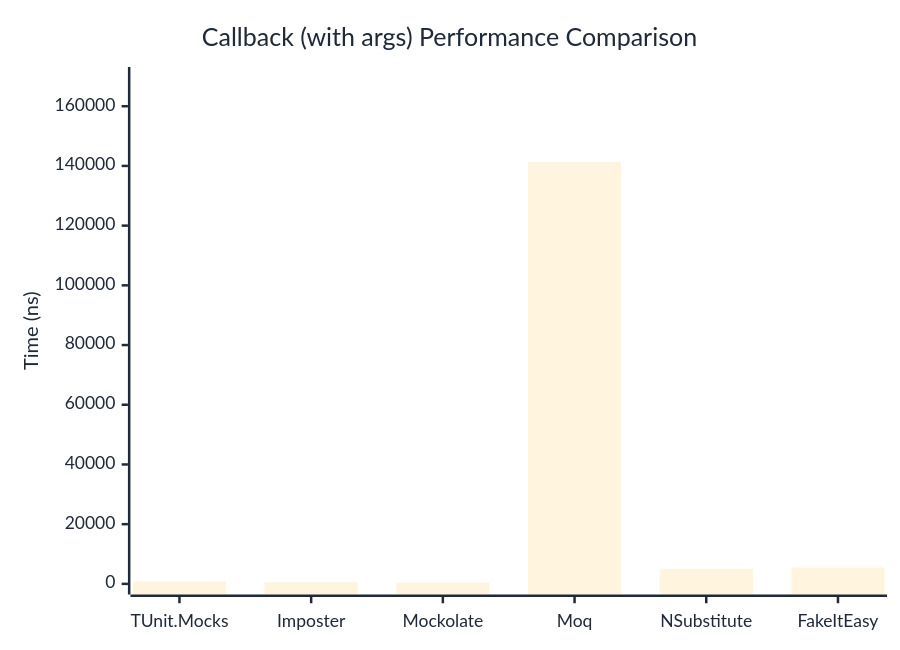
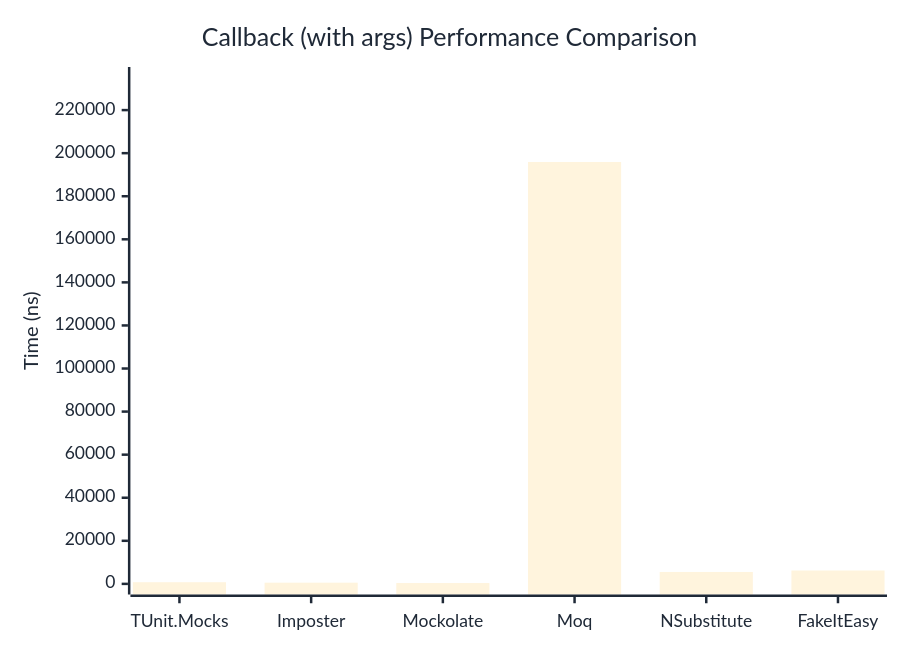
One commit to thomhurst/TUnit changed the second of 2 diagrams in docs/docs/benchmarks/mocks/Callback.md. Above: the diagram before and after it, drawn with Mermaid. The commit also changed other lines of this file and 14 other files, not shown here.

````diff
--- a/docs/docs/benchmarks/mocks/Callback.md
+++ b/docs/docs/benchmarks/mocks/Callback.md
@@ -71,27 +71,27 @@
 ```mermaid
 %%{init: {
   'theme':'base',
   'themeVariables': {
     'primaryColor': '#2563eb',
     'primaryTextColor': '#1f2937',
     'primaryBorderColor': '#1e40af',
     'lineColor': '#6b7280',
     'secondaryColor': '#7c3aed',
     'tertiaryColor': '#dc2626',
     'background': '#ffffff',
     'pie1': '#2563eb',
     'pie2': '#7c3aed',
     'pie3': '#dc2626',
     'pie4': '#f59e0b',
     'pie5': '#10b981',
     'pie6': '#06b6d4',
     'pie7': '#ec4899',
     'pie8': '#6366f1'
   }
 }}%%
 xychart-beta
   title "Callback (with args) Performance Comparison"
   x-axis ["TUnit.Mocks", "Imposter", "Mockolate", "Moq", "NSubstitute", "FakeItEasy"]
-  y-axis "Time (ns)" 0 --> 169577
-  bar [770.6, 542, 392.2, 141313.9, 5046.1, 5491]
+  y-axis "Time (ns)" 0 --> 235077
+  bar [774.2, 552.7, 385.3, 195896.8, 5531.2, 6204.4]
 ```
````
